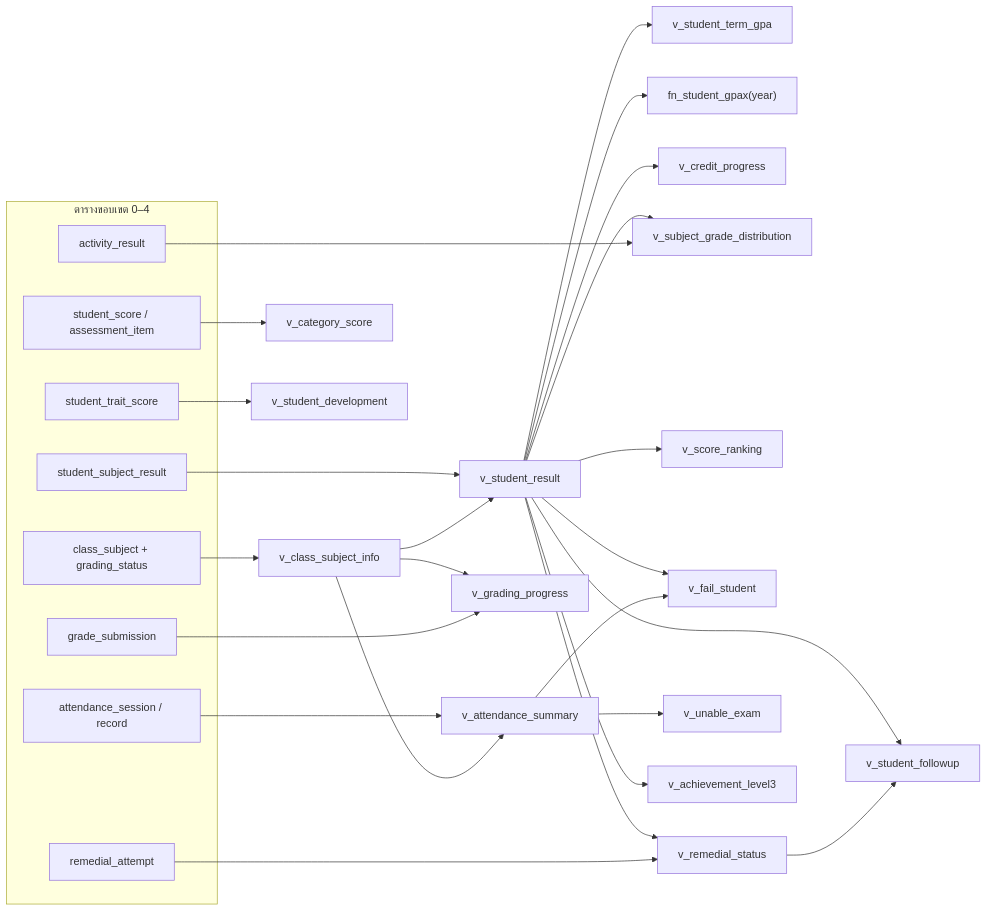
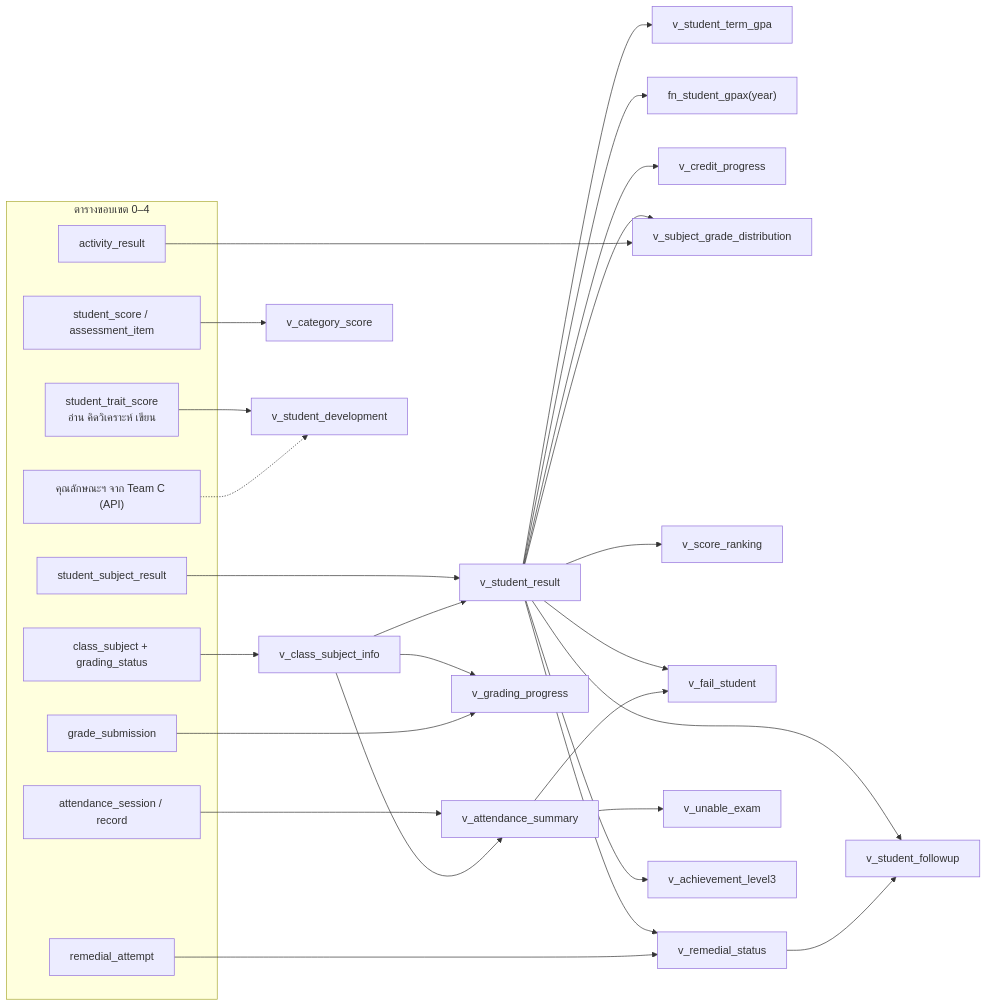
The diagram in docs/database/05-reports.md (polymercatzz/Academic), drawn with Mermaid before and after one commit. The commit also changed other lines of this file and 14 other files, not shown here.

````diff
--- a/docs/database/05-reports.md
+++ b/docs/database/05-reports.md
@@ -47,39 +49,41 @@
 ```mermaid
 flowchart LR
     subgraph base["ตารางขอบเขต 0–4"]
         R[student_subject_result]
         RA[remedial_attempt]
         AR[activity_result]
         S[student_score / assessment_item]
         AT[attendance_session / record]
-        TS[student_trait_score]
+        TS[student_trait_score<br/>อ่าน คิดวิเคราะห์ เขียน]
+        CC["คุณลักษณะฯ จาก Team C (API)"]
         CS[class_subject + grading_status]
         GS[grade_submission]
     end
     CSI[v_class_subject_info]
     SR[v_student_result]
     AS[v_attendance_summary]
     CS --> CSI
     R --> SR
     CSI --> SR
     AT --> AS
     CSI --> AS
     SR --> TG[v_student_term_gpa]
     SR --> GPAX["fn_student_gpax(year)"]
     SR --> CP[v_credit_progress]
     SR --> DIST[v_subject_grade_distribution]
     AR --> DIST
     SR --> RANK[v_score_ranking]
     S --> CAT[v_category_score]
     SR --> FAIL[v_fail_student]
     AS --> FAIL
     SR --> REM[v_remedial_status]
     RA --> REM
     AS --> UE[v_unable_exam]
     CSI --> GP[v_grading_progress]
     GS --> GP
     SR --> FU[v_student_followup]
     REM --> FU
     SR --> ACH[v_achievement_level3]
     TS --> DEV[v_student_development]
+    CC -.-> DEV
 ```
````
